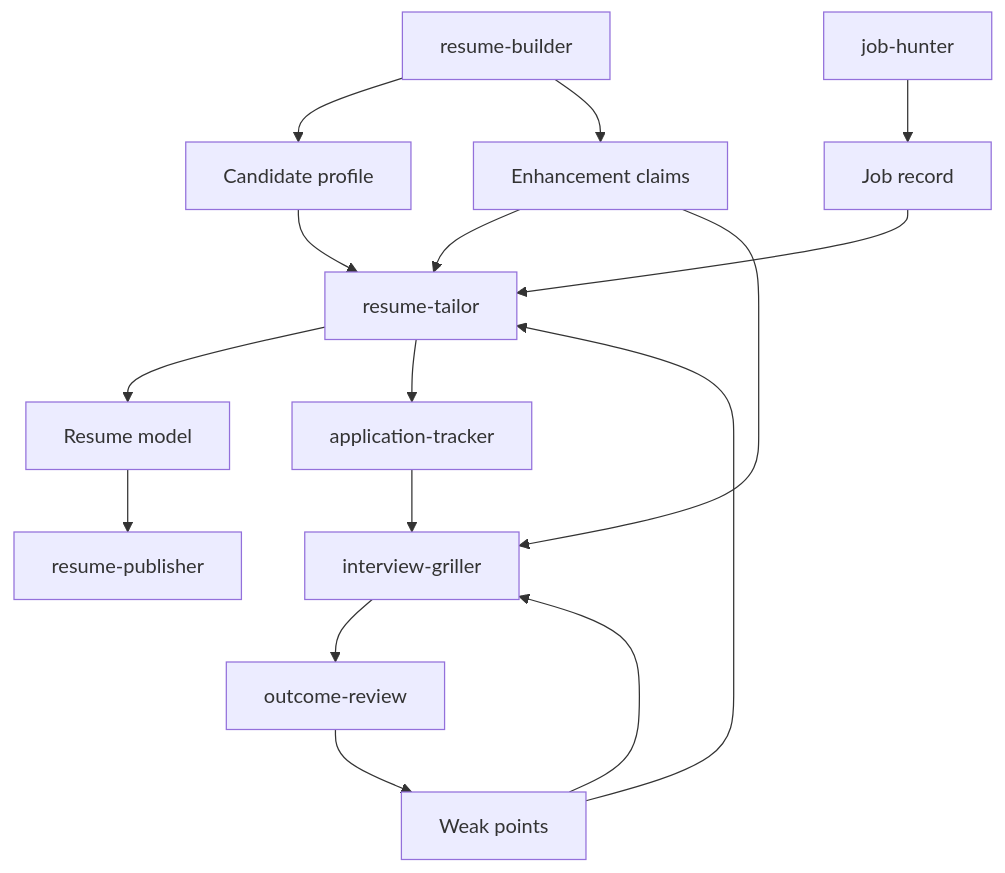
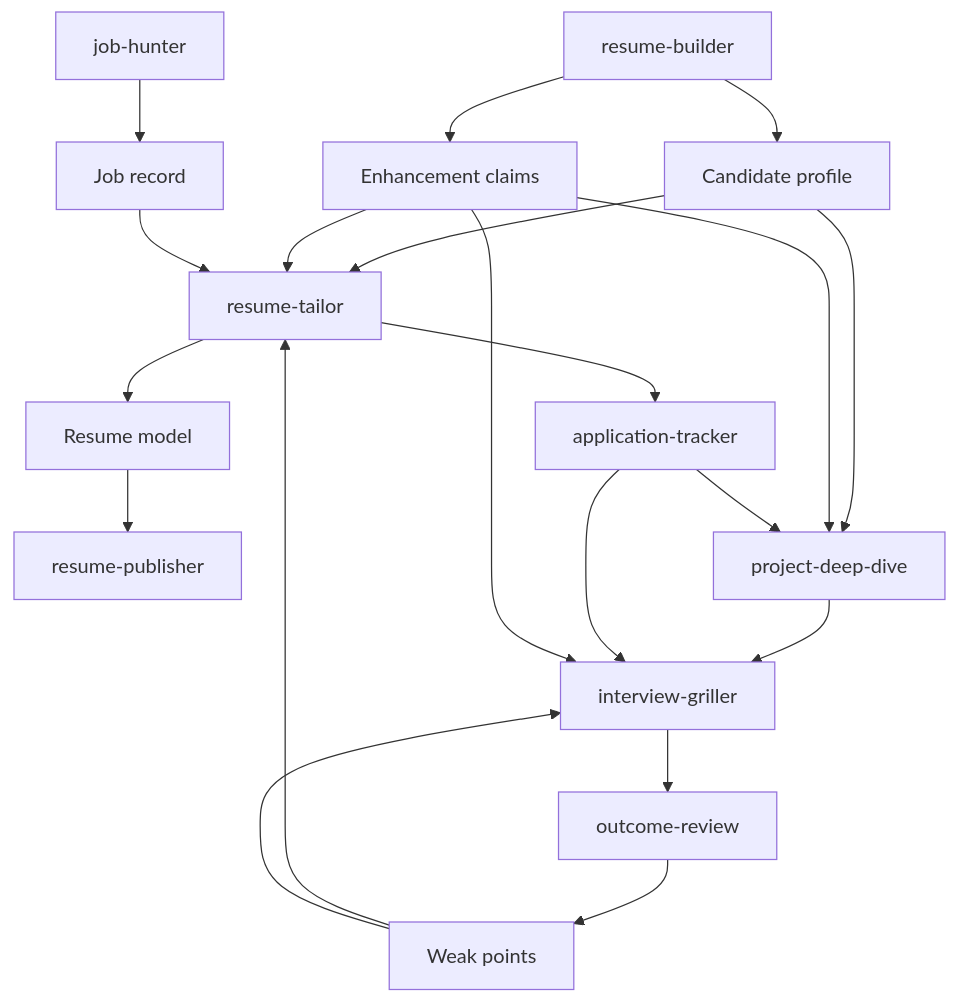
One commit to yu20120707/ai-career-toolkit changed the diagram in docs/architecture.md. Above: the diagram before and after it, drawn with Mermaid. The commit also changed other lines of this file and 20 other files, not shown here.

````diff
--- a/docs/architecture.md
+++ b/docs/architecture.md
@@ -5,18 +5,22 @@
 ```mermaid
 flowchart TD
   B[resume-builder] --> P[Candidate profile]
   B --> C[Enhancement claims]
   J[job-hunter] --> R[Job record]
   P --> T[resume-tailor]
   C --> T
   R --> T
   T --> M[Resume model]
   M --> U[resume-publisher]
   T --> A[application-tracker]
+  P --> D[project-deep-dive]
+  C --> D
+  A --> D
+  D --> I
   A --> I[interview-griller]
   C --> I
   I --> O[outcome-review]
   O --> W[Weak points]
   W --> T
   W --> I
 ```
````
